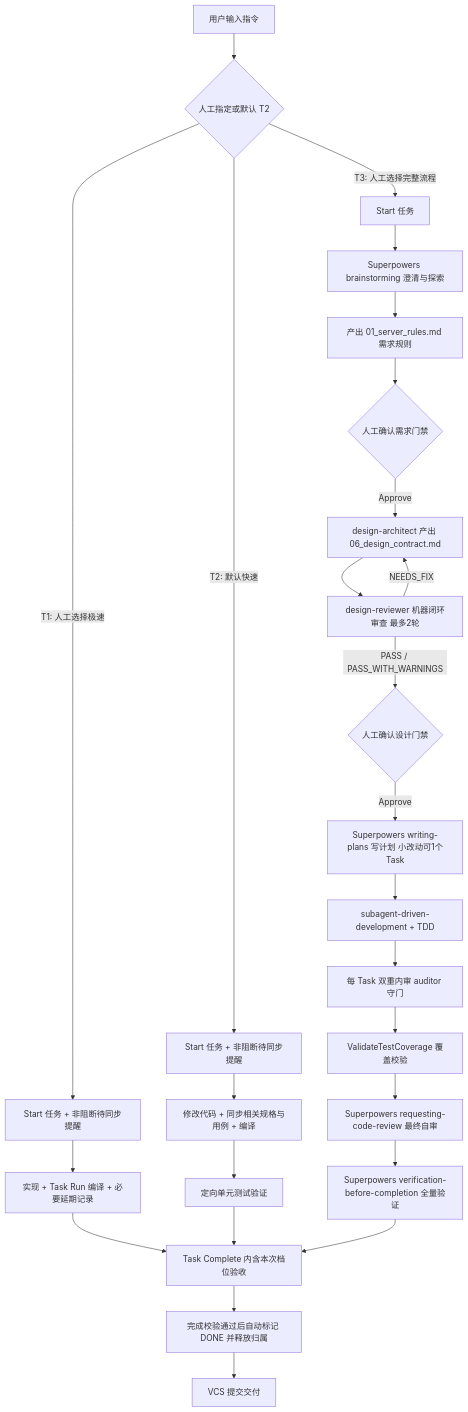
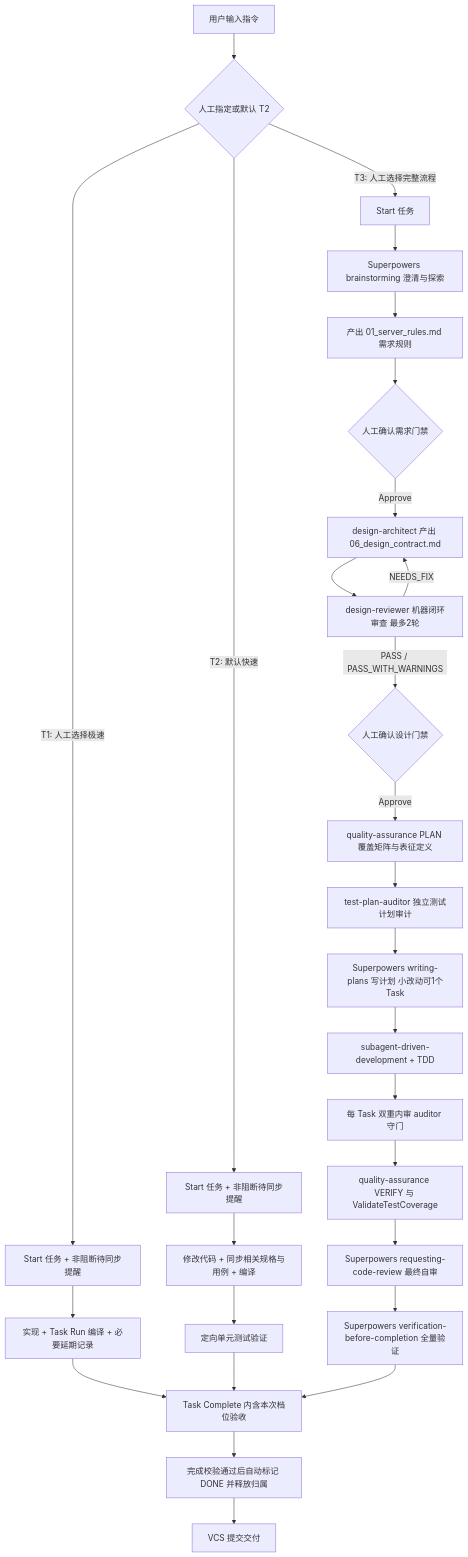
The diagram in SUPERPOWERS_MANUAL.md (jitawangzi/agent-sop), drawn with Mermaid before and after one commit. The commit also changed other lines of this file and 7 other files, not shown here.

Commit message:
fix(sop): sync manual/architecture references, fix heading hierarchy, and harden coldReloadPatterns validation

````diff
--- a/SUPERPOWERS_MANUAL.md
+++ b/SUPERPOWERS_MANUAL.md
@@ -307,32 +307,34 @@
 ```mermaid
 flowchart TD
     A[用户输入指令] --> B{人工指定或默认 T2}
     
     B -->|T1: 人工选择极速| C[Start 任务 + 非阻断待同步提醒]
     C --> C1[实现 + Task Run 编译 + 必要延期记录]
     C1 --> S
     
     B -->|T2: 默认快速| D[Start 任务 + 非阻断待同步提醒]
     D --> D1[修改代码 + 同步相关规格与用例 + 编译]
     D1 --> D2[定向单元测试验证]
     D2 --> S[Task Complete 内含本次档位验收]
     
     B -->|T3: 人工选择完整流程| E[Start 任务]
     E --> F[Superpowers brainstorming 澄清与探索]
     F --> G[产出 01_server_rules.md 需求规则]
     G --> H{人工确认需求门禁}
     H -->|Approve| I[design-architect 产出 06_design_contract.md]
     I --> J[design-reviewer 机器闭环审查 最多2轮]
     J -->|PASS / PASS_WITH_WARNINGS| K{人工确认设计门禁}
     J -->|NEEDS_FIX| I
-    K -->|Approve| L[Superpowers writing-plans 写计划 小改动可1个Task]
+    K -->|Approve| L0[quality-assurance PLAN 覆盖矩阵与表征定义]
+    L0 --> L1[test-plan-auditor 独立测试计划审计]
+    L1 --> L[Superpowers writing-plans 写计划 小改动可1个Task]
     L --> M[subagent-driven-development + TDD]
     M --> N[每 Task 双重内审 auditor 守门]
-    N --> O[ValidateTestCoverage 覆盖校验]
+    N --> O[quality-assurance VERIFY 与 ValidateTestCoverage]
     O --> P[Superpowers requesting-code-review 最终自审]
     P --> Q[Superpowers verification-before-completion 全量验证]
     Q --> S
     
     S --> T[完成校验通过后自动标记 DONE 并释放归属]
     T --> U[VCS 提交交付]
 ```
````
